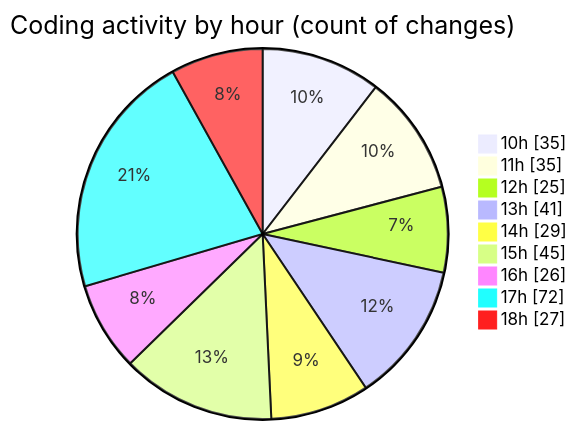
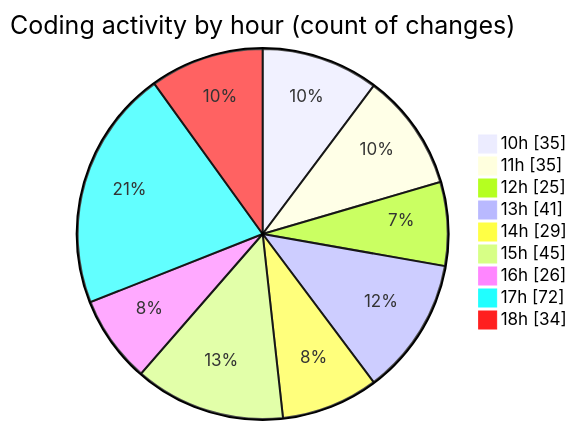
The second of 2 diagrams in 2025-03-26/cda/README.md (momahboobian/code-tracking), drawn with Mermaid before and after one commit. The commit also changed other lines of this file and 1 other file, not shown here.

````diff
--- a/2025-03-26/cda/README.md
+++ b/2025-03-26/cda/README.md
@@ -55,13 +55,13 @@
 ```mermaid
 pie showData
 title Coding activity by hour (count of changes)
 "10h" : 35
 "11h" : 35
 "12h" : 25
 "13h" : 41
 "14h" : 29
 "15h" : 45
 "16h" : 26
 "17h" : 72
-"18h" : 27
+"18h" : 34
 ```
````
